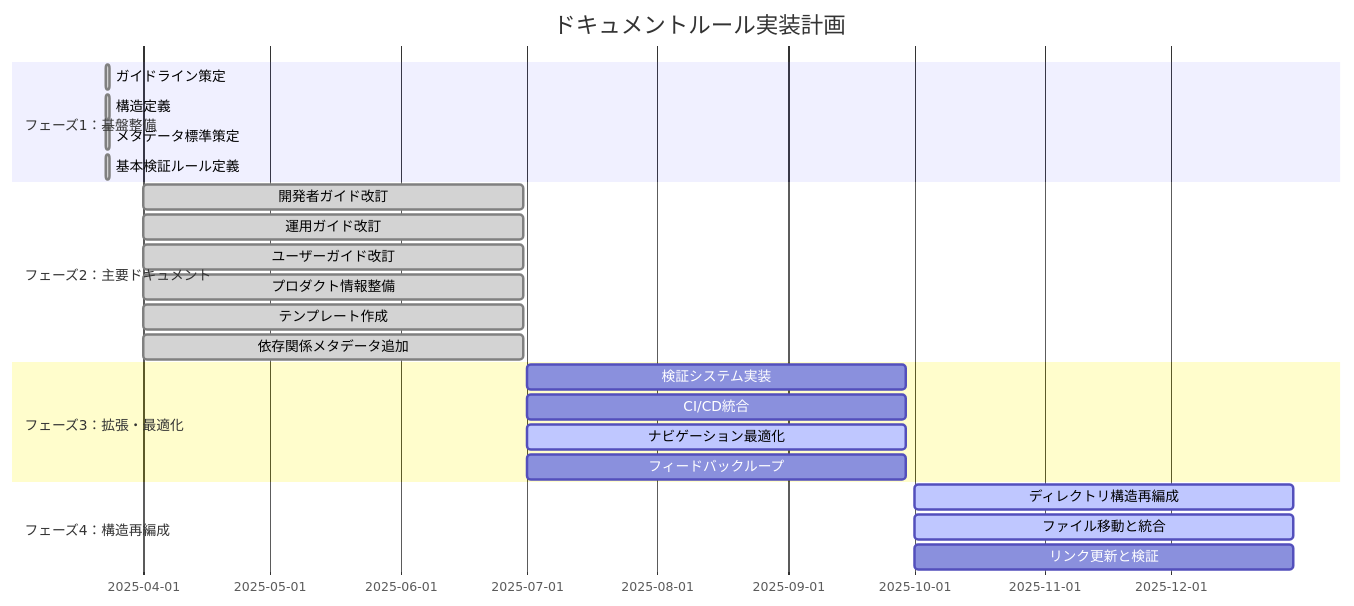
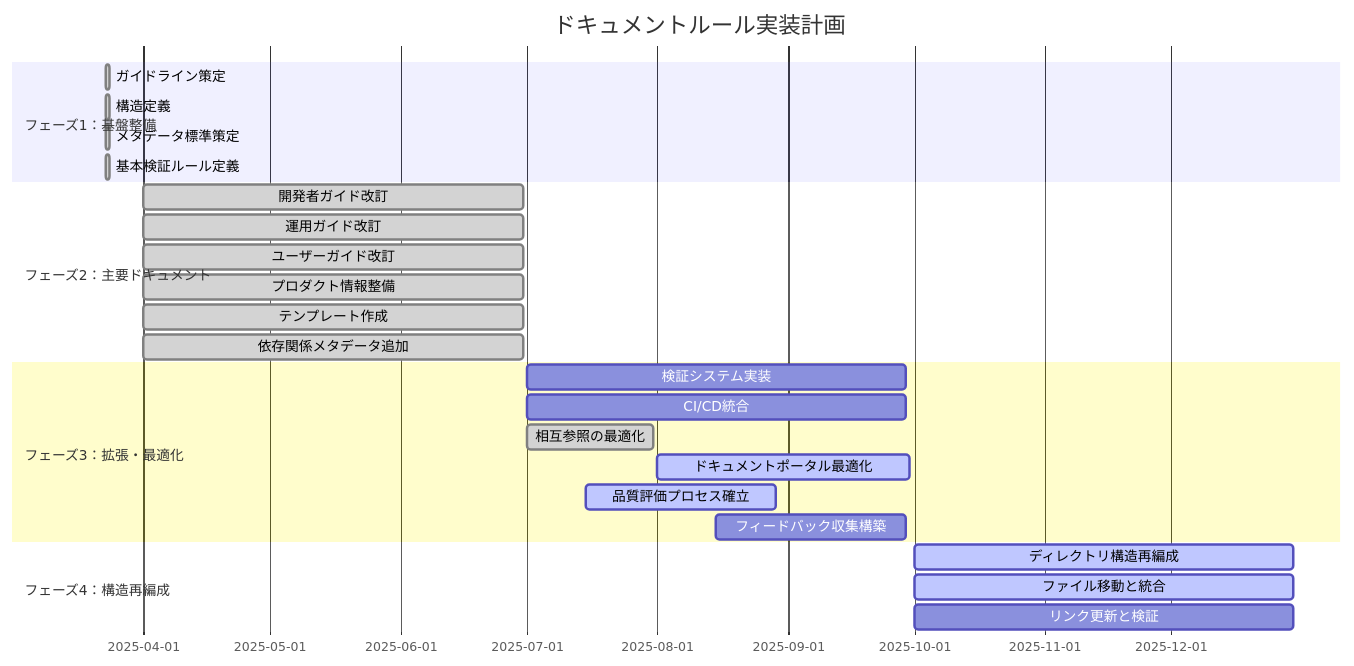
The diagram in docs/PLAN.md (ToyB0x/git-resume), drawn with Mermaid before and after one commit. The commit also changed other lines of this file, not shown here.

````diff
--- a/docs/PLAN.md
+++ b/docs/PLAN.md
@@ -98,26 +122,28 @@
 ```mermaid
 gantt
     title ドキュメントルール実装計画
     dateFormat  YYYY-MM-DD
     section フェーズ1：基盤整備
     ガイドライン策定      :done, 2025-03-23, 1d
     構造定義              :done, 2025-03-23, 1d
     メタデータ標準策定    :done, 2025-03-23, 1d
     基本検証ルール定義    :done, 2025-03-23, 1d
     section フェーズ2：主要ドキュメント
     開発者ガイド改訂      :done, 2025-04-01, 90d
     運用ガイド改訂        :done, 2025-04-01, 90d
     ユーザーガイド改訂    :done, 2025-04-01, 90d
     プロダクト情報整備    :done, 2025-04-01, 90d
     テンプレート作成      :done, 2025-04-01, 90d
     依存関係メタデータ追加 :done, 2025-04-01, 90d
     section フェーズ3：拡張・最適化
     検証システム実装      :2025-07-01, 90d
     CI/CD統合             :2025-07-01, 90d
-    ナビゲーション最適化  :active, 2025-07-01, 90d
-    フィードバックループ  :2025-07-01, 90d
+    相互参照の最適化      :done, 2025-07-01, 30d
+    ドキュメントポータル最適化 :active, 2025-08-01, 60d
+    品質評価プロセス確立   :active, 2025-07-15, 45d
+    フィードバック収集構築 :2025-08-15, 45d
     section フェーズ4：構造再編成
     ディレクトリ構造再編成 :active, 2025-10-01, 90d
     ファイル移動と統合     :active, 2025-10-01, 90d
     リンク更新と検証       :2025-10-01, 90d
 ```
````
